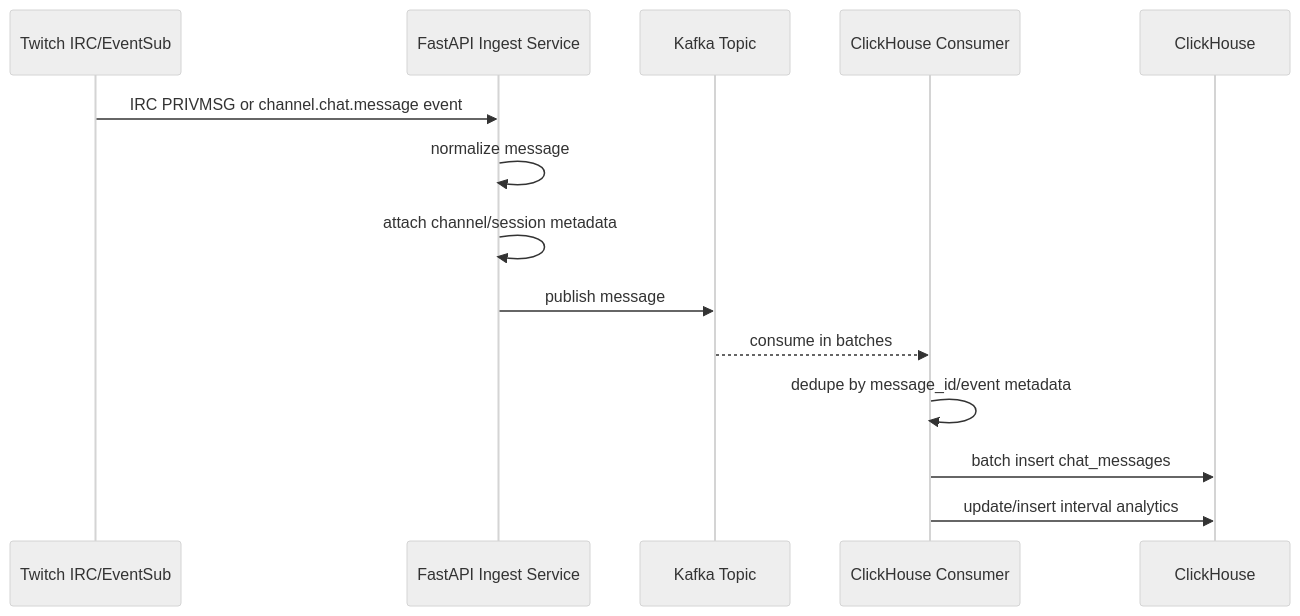
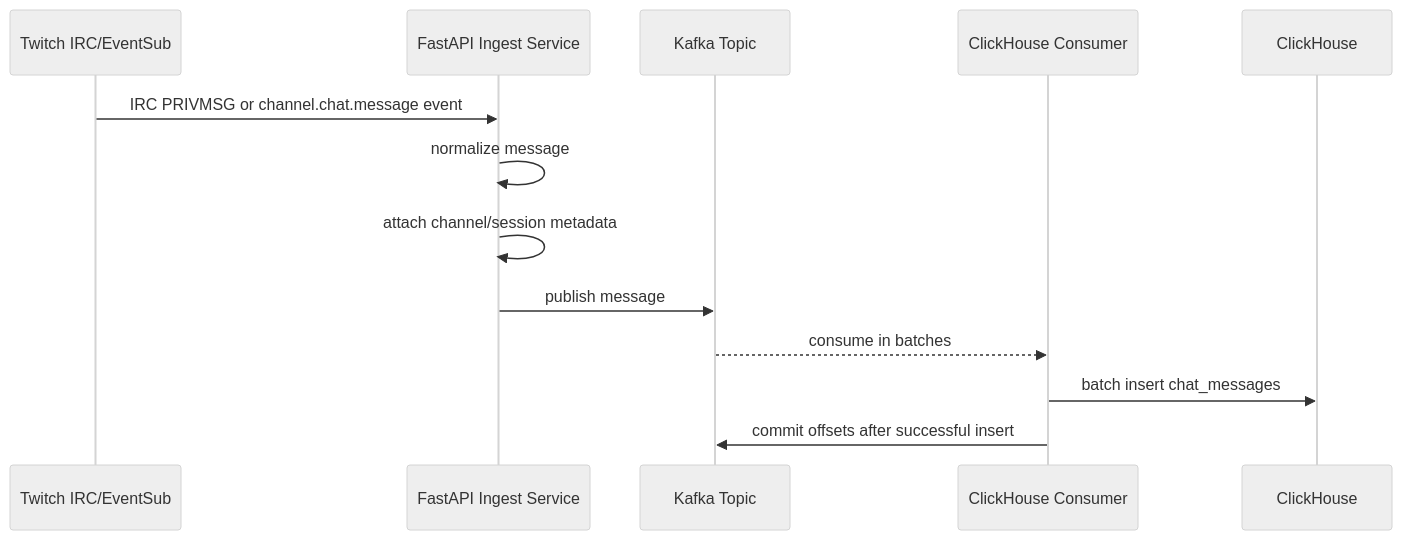
The second of 4 diagrams in docs/project-flow.md (uwdivad/twitch_analyze), drawn with Mermaid (neutral theme) before and after one commit. The commit also changed other lines of this file and 29 other files, not shown here.

````diff
--- a/docs/project-flow.md
+++ b/docs/project-flow.md
@@ -41,17 +47,16 @@
 ```mermaid
 sequenceDiagram
     participant Twitch as Twitch IRC/EventSub
     participant Ingest as FastAPI Ingest Service
     participant Kafka as Kafka Topic
     participant Consumer as ClickHouse Consumer
     participant CH as ClickHouse
 
     Twitch->>Ingest: IRC PRIVMSG or channel.chat.message event
     Ingest->>Ingest: normalize message
     Ingest->>Ingest: attach channel/session metadata
     Ingest->>Kafka: publish message
     Kafka-->>Consumer: consume in batches
-    Consumer->>Consumer: dedupe by message_id/event metadata
     Consumer->>CH: batch insert chat_messages
-    Consumer->>CH: update/insert interval analytics
+    Consumer->>Kafka: commit offsets after successful insert
 ```
````
